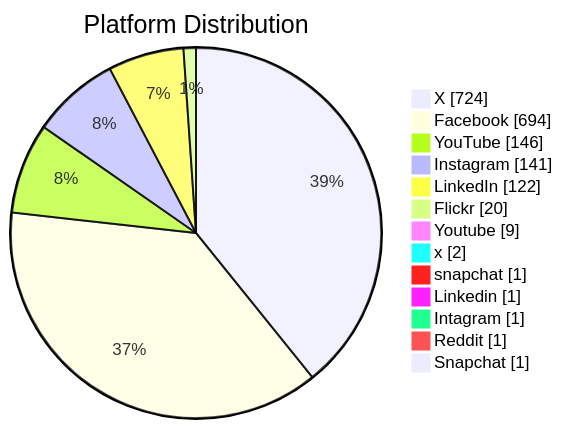
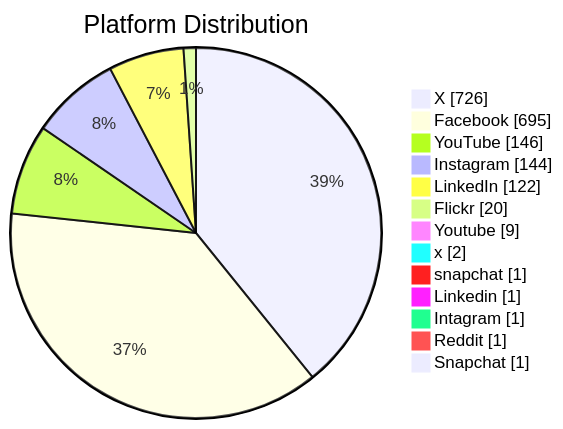
One commit to PatLittle/GC-Socials changed the second of 6 diagrams in README.md. Above: the diagram before and after it, drawn with Mermaid. The commit also changed other lines of this file, not shown here.

Commit message:
Update README with Platform Distribution pie chart

````diff
--- a/README.md
+++ b/README.md
@@ -46,16 +46,16 @@
 ```mermaid
 pie showData title Platform Distribution
-    "X": 724
-    "Facebook": 694
+    "X": 726
+    "Facebook": 695
     "YouTube": 146
-    "Instagram": 141
+    "Instagram": 144
     "LinkedIn": 122
     "Flickr": 20
     "Youtube": 9
     "x": 2
     "snapchat": 1
     "Linkedin": 1
     "Intagram": 1
     "Reddit": 1
     "Snapchat": 1
 ```
````
